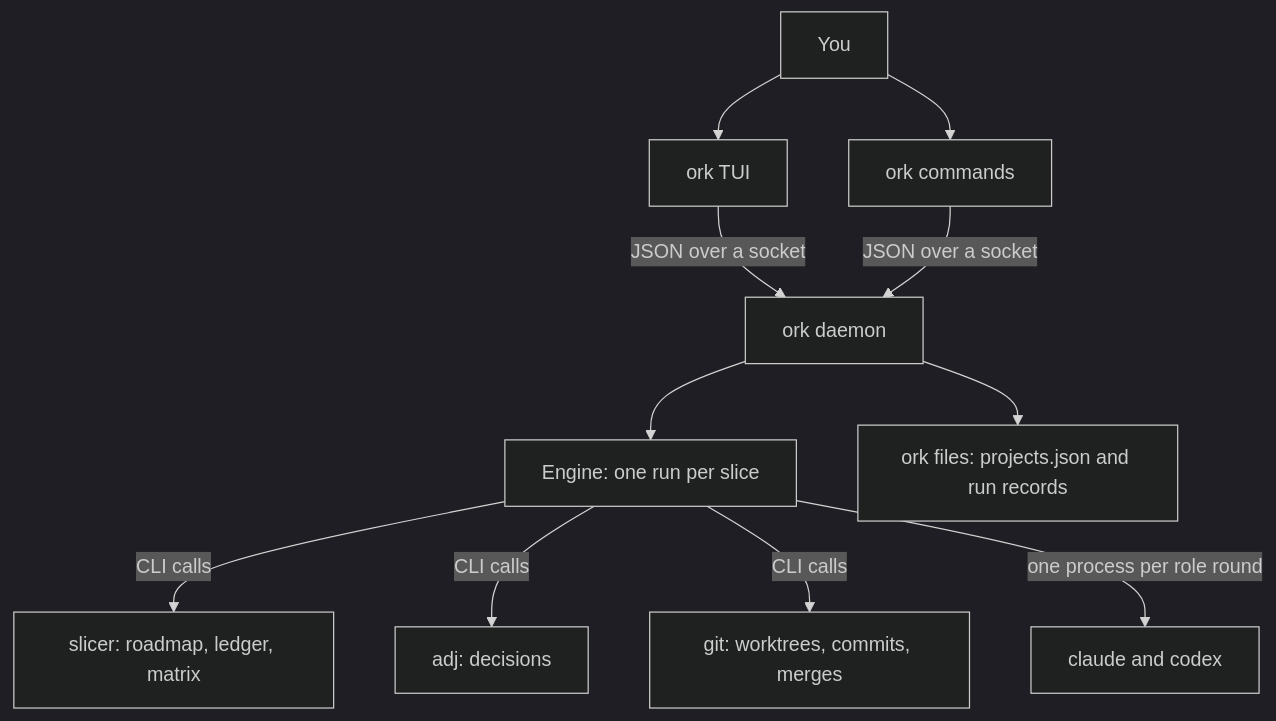
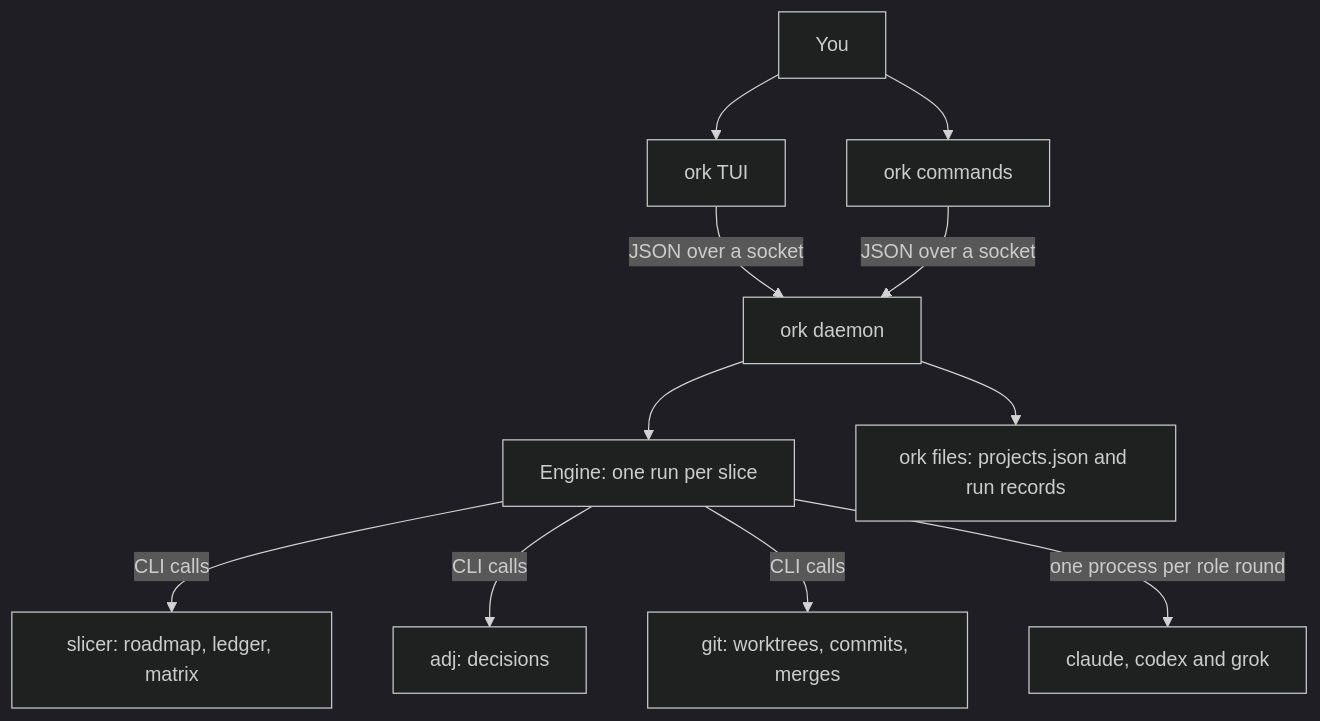
The first of 6 diagrams in docs/diagrams.md (squalor-xyz/ork), drawn with Mermaid (dark theme) before and after one commit. The commit also changed 64 other files, not shown here.

````diff
--- a/docs/diagrams.md
+++ b/docs/diagrams.md
@@ -20,13 +20,13 @@
 ```mermaid
 flowchart TD
     owner["You"] --> tui["ork TUI"]
     owner --> cli["ork commands"]
     tui -->|"JSON over a socket"| daemon["ork daemon"]
     cli -->|"JSON over a socket"| daemon
     daemon --> engine["Engine: one run per slice"]
     engine -->|"CLI calls"| slicer["slicer: roadmap, ledger, matrix"]
     engine -->|"CLI calls"| adj["adj: decisions"]
     engine -->|"CLI calls"| git["git: worktrees, commits, merges"]
-    engine -->|"one process per role round"| vendors["claude and codex"]
+    engine -->|"one process per role round"| vendors["claude, codex and grok"]
     daemon --> files["ork files: projects.json and run records"]
 ```
````
